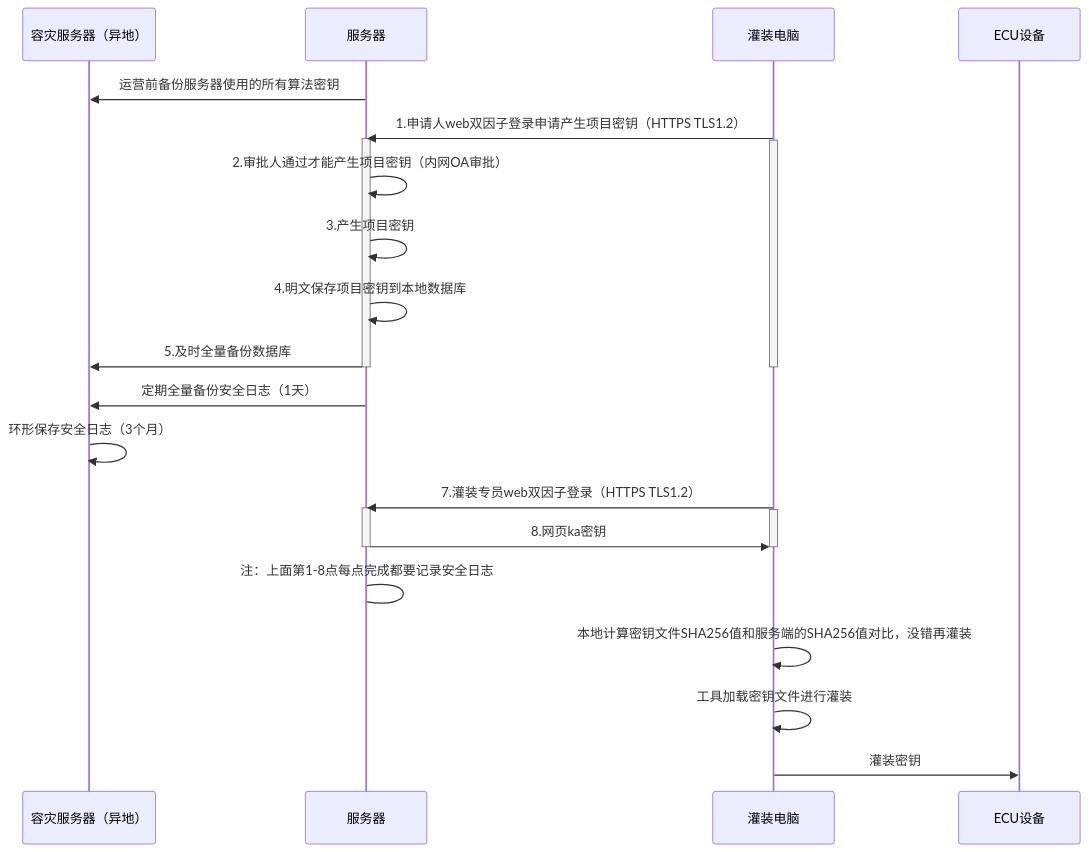
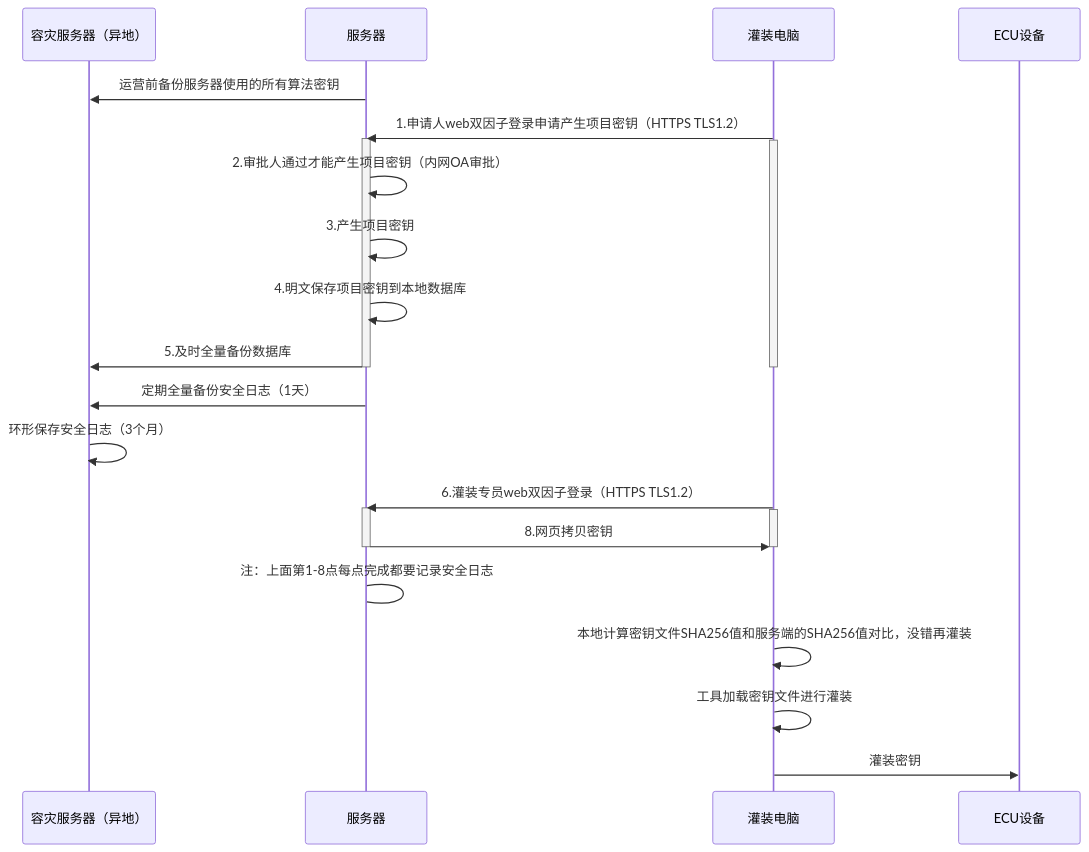
One commit to facebook-cloud/iodraw-files changed the diagram in all/未命名-20.md. Above: the diagram before and after it, drawn with Mermaid.

Commit message:
2026-03-28 09:27:40 update

````diff
--- a/all/未命名-20.md
+++ b/all/未命名-20.md
@@ -1,35 +1,35 @@
 ```mermaid
 sequenceDiagram
     participant A as 容灾服务器（异地）
     participant B as 服务器
     participant D as 灌装电脑
     participant E as ECU设备
 
     B->>A: 运营前备份服务器使用的所有算法密钥
     D->>B: 1.申请人web双因子登录申请产生项目密钥（HTTPS TLS1.2）
     activate B
     activate D
     B->>B: 2.审批人通过才能产生项目密钥（内网OA审批）
     B->>B: 3.产生项目密钥
     B->>B: 4.明文保存项目密钥到本地数据库
     B->>A: 5.及时全量备份数据库
 
     deactivate B
     deactivate D
 
     B->>A: 定期全量备份安全日志（1天）
     A->>A: 环形保存安全日志（3个月）
     
-    D->>B: 7.灌装专员web双因子登录（HTTPS TLS1.2）
+    D->>B: 6.灌装专员web双因子登录（HTTPS TLS1.2）
     activate B
     activate D
-    B->>D: 8.网页ka密钥
+    B->>D: 8.网页拷贝密钥
     deactivate B
     deactivate D
     B->B: 注：上面第1-8点每点完成都要记录安全日志
 
     D->>D:本地计算密钥文件SHA256值和服务端的SHA256值对比，没错再灌装
     D->>D:工具加载密钥文件进行灌装
     
     D->>E: 灌装密钥
 ```
````
